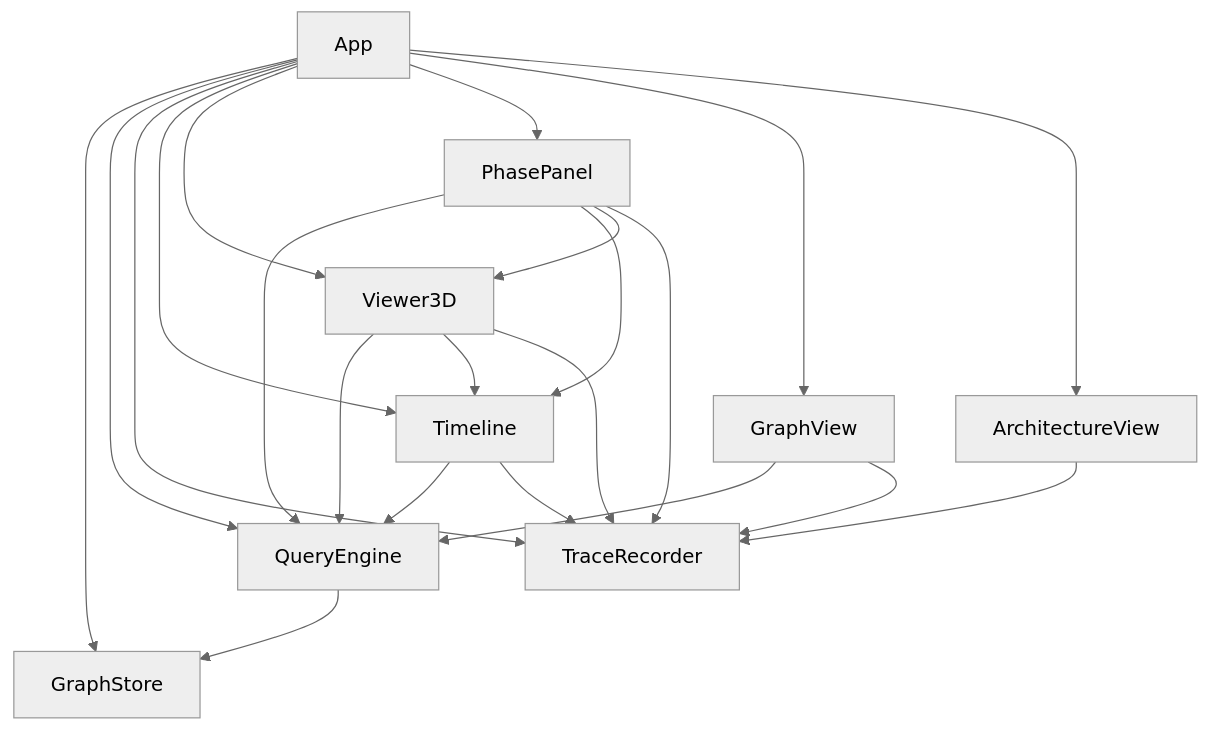
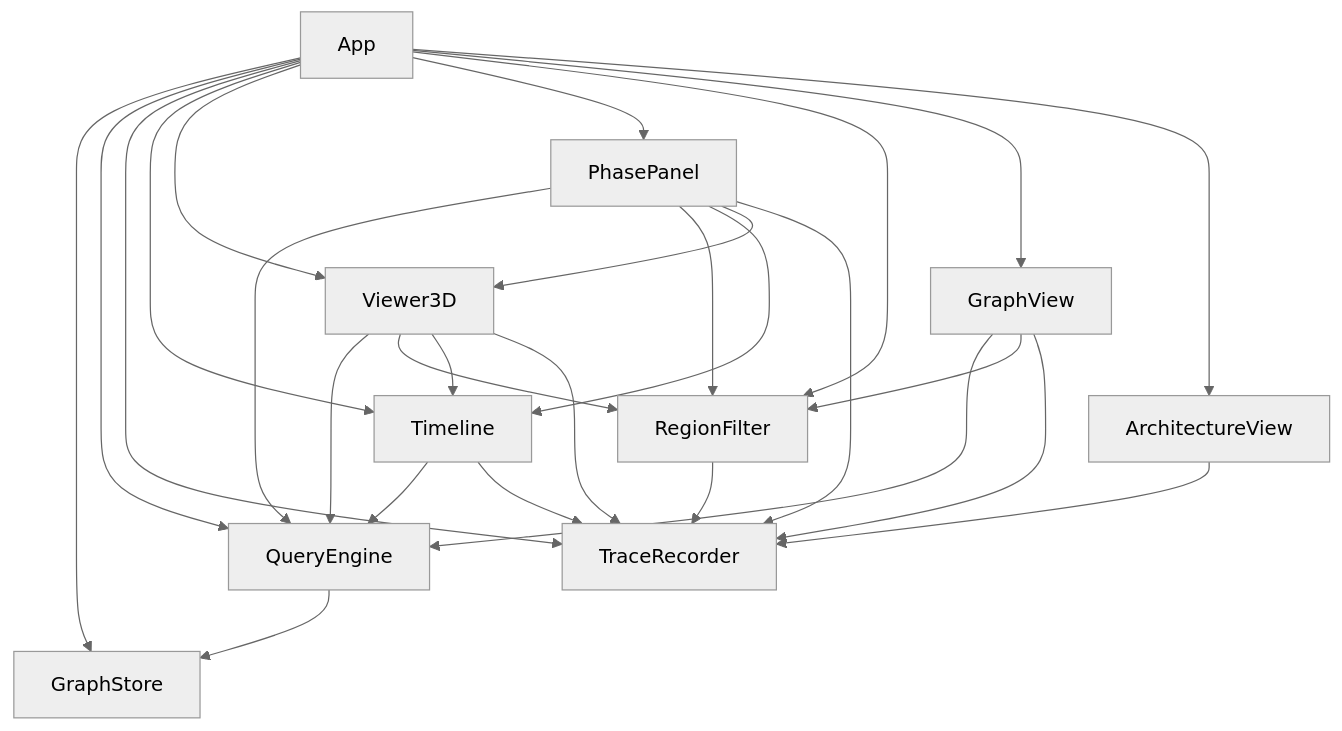
One commit to argent0/bio-mechanics changed the diagram in generated/diagrams/components.mmd. Above: the diagram before and after it, drawn with Mermaid (neutral theme). The commit also changed 4 other files, not shown here.

Commit message:
Add component RegionFilter at web/src/region/ Imported by the muscle views and App; imports TraceRecorder

```diff
--- a/generated/diagrams/components.mmd
+++ b/generated/diagrams/components.mmd
@@ -1,32 +1,38 @@
 %% Generated by `lake exe gen` from spec/BioMech/Components.lean. Edit the Lean source, then regenerate: cd spec && lake exe gen
 flowchart TB
   n_App["App"]
   n_PhasePanel["PhasePanel"]
   n_Viewer3D["Viewer3D"]
   n_Timeline["Timeline"]
   n_GraphView["GraphView"]
   n_QueryEngine["QueryEngine"]
   n_GraphStore["GraphStore"]
+  n_RegionFilter["RegionFilter"]
   n_ArchitectureView["ArchitectureView"]
   n_TraceRecorder["TraceRecorder"]
   n_QueryEngine --> n_GraphStore
   n_Timeline --> n_QueryEngine
   n_Viewer3D --> n_QueryEngine
   n_PhasePanel --> n_QueryEngine
   n_GraphView --> n_QueryEngine
+  n_Viewer3D --> n_RegionFilter
+  n_PhasePanel --> n_RegionFilter
+  n_GraphView --> n_RegionFilter
   n_Viewer3D --> n_Timeline
   n_PhasePanel --> n_Timeline
   n_PhasePanel --> n_Viewer3D
   n_Timeline --> n_TraceRecorder
   n_Viewer3D --> n_TraceRecorder
   n_PhasePanel --> n_TraceRecorder
+  n_RegionFilter --> n_TraceRecorder
   n_GraphView --> n_TraceRecorder
   n_ArchitectureView --> n_TraceRecorder
   n_App --> n_GraphStore
   n_App --> n_QueryEngine
   n_App --> n_TraceRecorder
   n_App --> n_Timeline
   n_App --> n_Viewer3D
   n_App --> n_PhasePanel
+  n_App --> n_RegionFilter
   n_App --> n_GraphView
   n_App --> n_ArchitectureView
```
